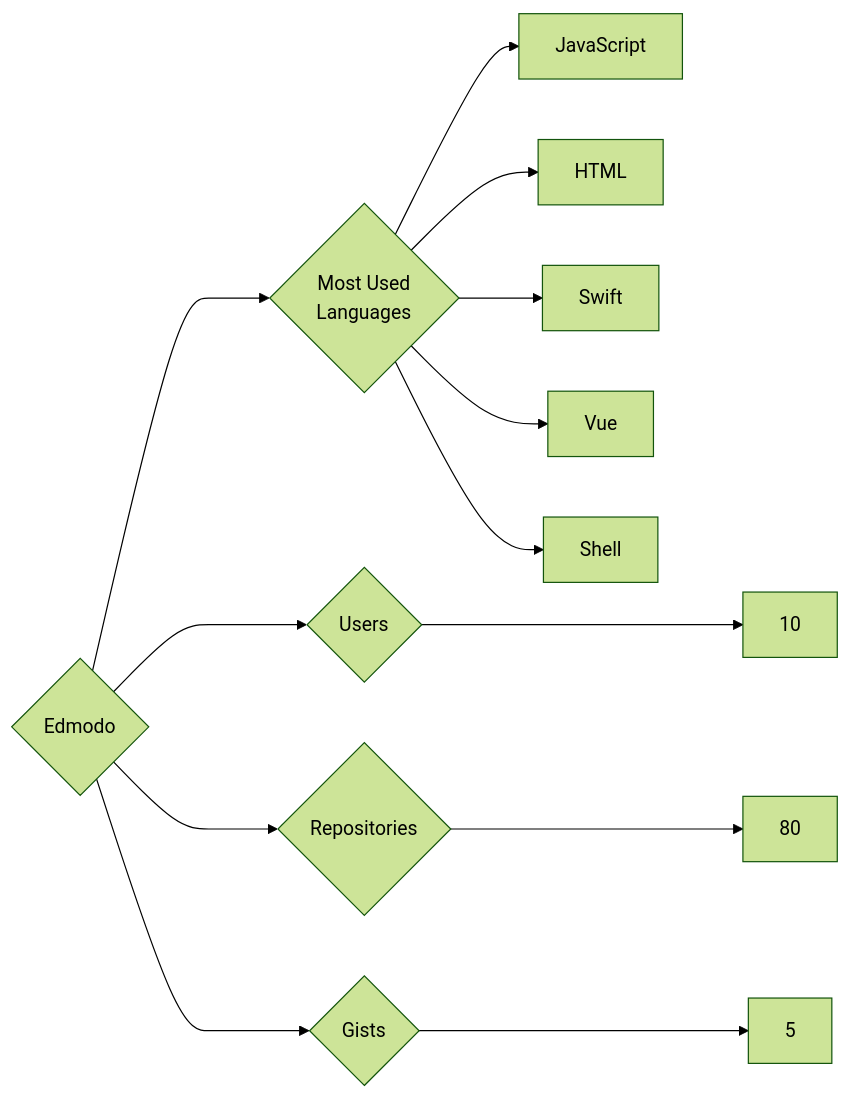
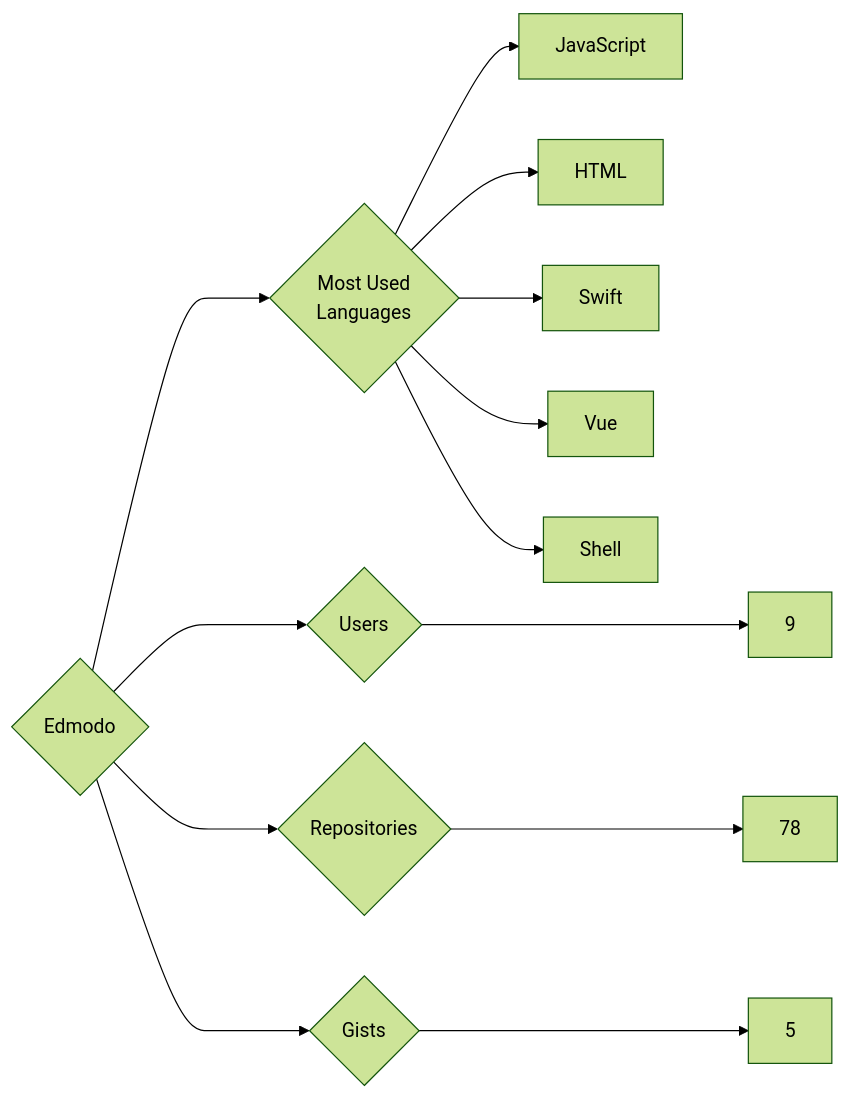
Before and after one commit to trickest/insiders: the diagram in targets/Edmodo/README.md, drawn with Mermaid (forest theme). The commit also changed 1084 other files, not shown here.

````diff
--- a/targets/Edmodo/README.md
+++ b/targets/Edmodo/README.md
@@ -3,13 +3,13 @@
 ```mermaid
 graph LR
 COMPANY_NAME{Edmodo}
-COMPANY_NAME ---> U{Users} ---> UN[10]
-COMPANY_NAME ---> R{Repositories} ---> RN[80]
+COMPANY_NAME ---> U{Users} ---> UN[9]
+COMPANY_NAME ---> R{Repositories} ---> RN[78]
 COMPANY_NAME ---> G{Gists} ---> GN[5]
 COMPANY_NAME ---> ML{Most Used<br>Languages}
 ML --> JavaScript[JavaScript]
 ML --> HTML[HTML]
 ML --> Swift[Swift]
 ML --> Vue[Vue]
 ML --> Shell[Shell]
 ```
````
